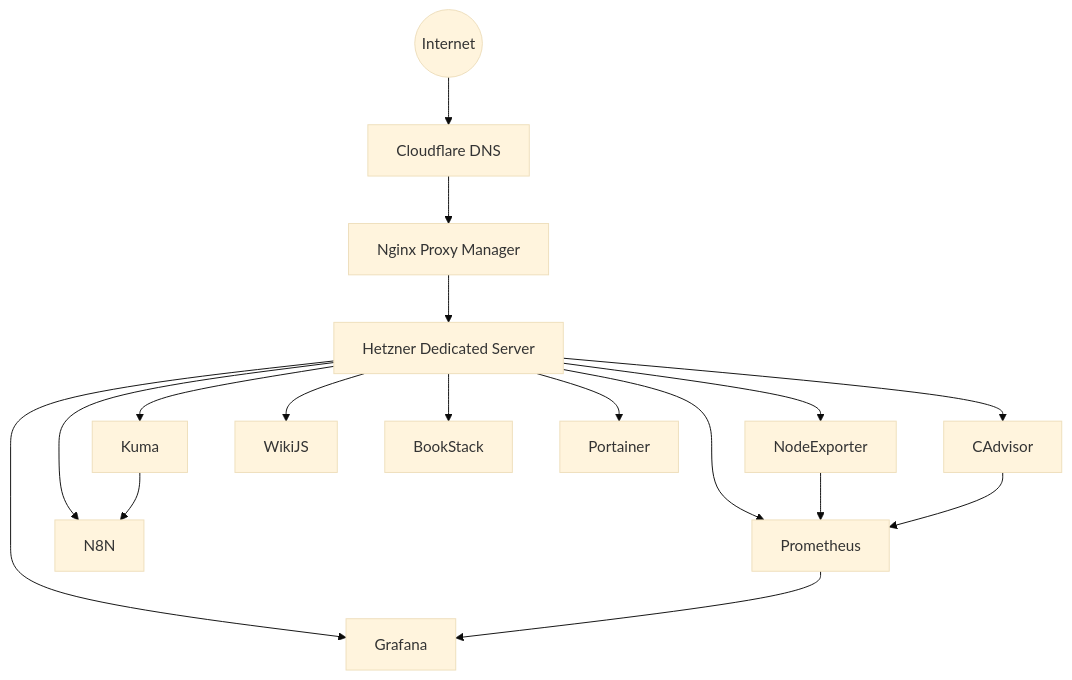
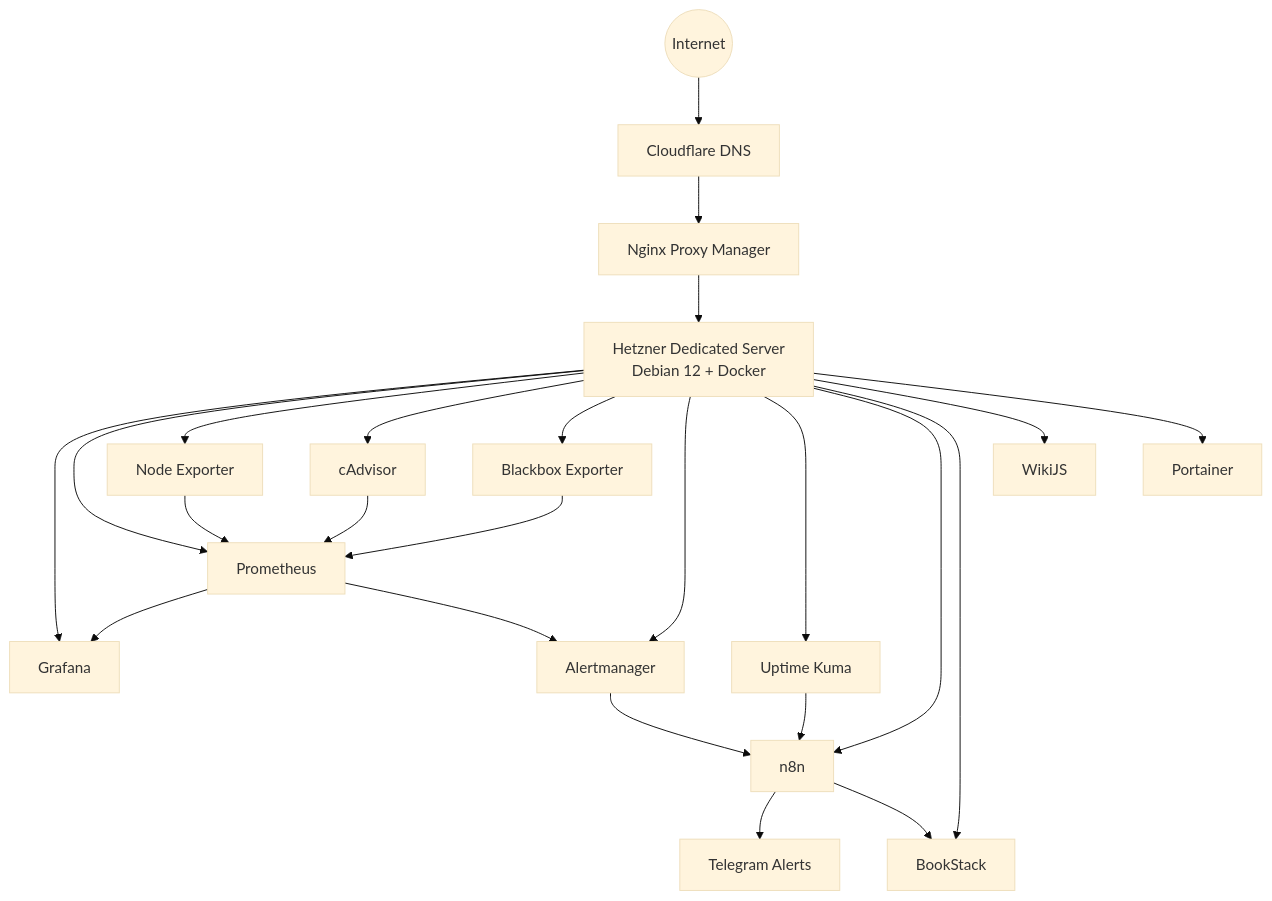
The diagram in README.md (silverpaun/silverpaun-homelab), drawn with Mermaid (base theme) before and after one commit. The commit also changed other lines of this file and 1 other file, not shown here.

````diff
--- a/README.md
+++ b/README.md
@@ -13,27 +23,34 @@
 ```mermaid
 flowchart TD
 
-Internet((Internet))
-Cloudflare[Cloudflare DNS]
-NPM[Nginx Proxy Manager]
-Host[Hetzner Dedicated Server]
+    Internet((Internet))
+    Cloudflare[Cloudflare DNS]
+    NPM[Nginx Proxy Manager]
+    Host[Hetzner Dedicated Server<br/>Debian 12 + Docker]
 
-Internet --> Cloudflare
-Cloudflare --> NPM
-NPM --> Host
+    Internet --> Cloudflare
+    Cloudflare --> NPM
+    NPM --> Host
 
-Host --> Grafana
-Host --> Prometheus
-Host --> NodeExporter
-Host --> CAdvisor
-Host --> Kuma
-Host --> N8N
-Host --> WikiJS
-Host --> BookStack
-Host --> Portainer
+    Host --> Grafana[Grafana]
+    Host --> Prometheus[Prometheus]
+    Host --> NodeExporter[Node Exporter]
+    Host --> CAdvisor[cAdvisor]
+    Host --> Blackbox[Blackbox Exporter]
+    Host --> Alertmanager[Alertmanager]
+    Host --> Kuma[Uptime Kuma]
+    Host --> N8N[n8n]
+    Host --> BookStack[BookStack]
+    Host --> WikiJS[WikiJS]
+    Host --> Portainer[Portainer]
 
-Prometheus --> Grafana
-NodeExporter --> Prometheus
-CAdvisor --> Prometheus
-Kuma --> N8N
+    NodeExporter --> Prometheus
+    CAdvisor --> Prometheus
+    Blackbox --> Prometheus
+    Prometheus --> Grafana
+    Prometheus --> Alertmanager
+    Alertmanager --> N8N
+    N8N --> Telegram[Telegram Alerts]
+    N8N --> BookStack
+    Kuma --> N8N
 ```
````
